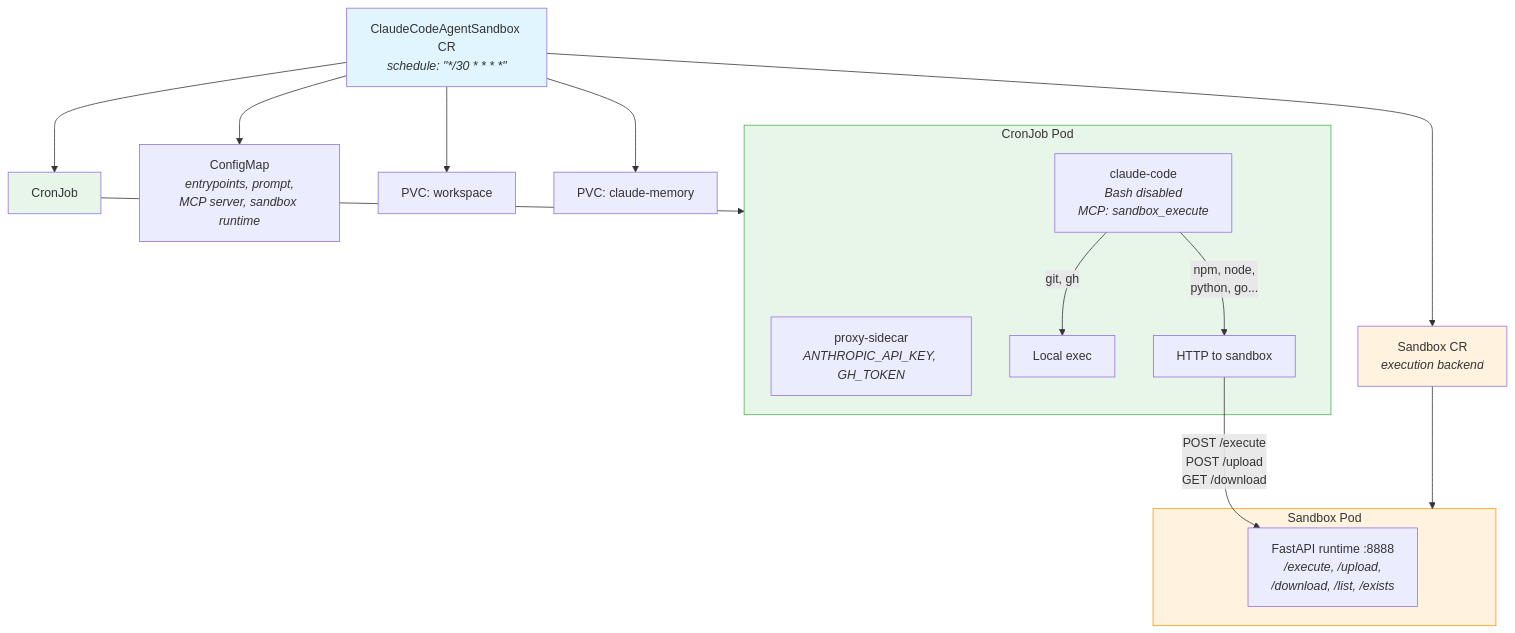
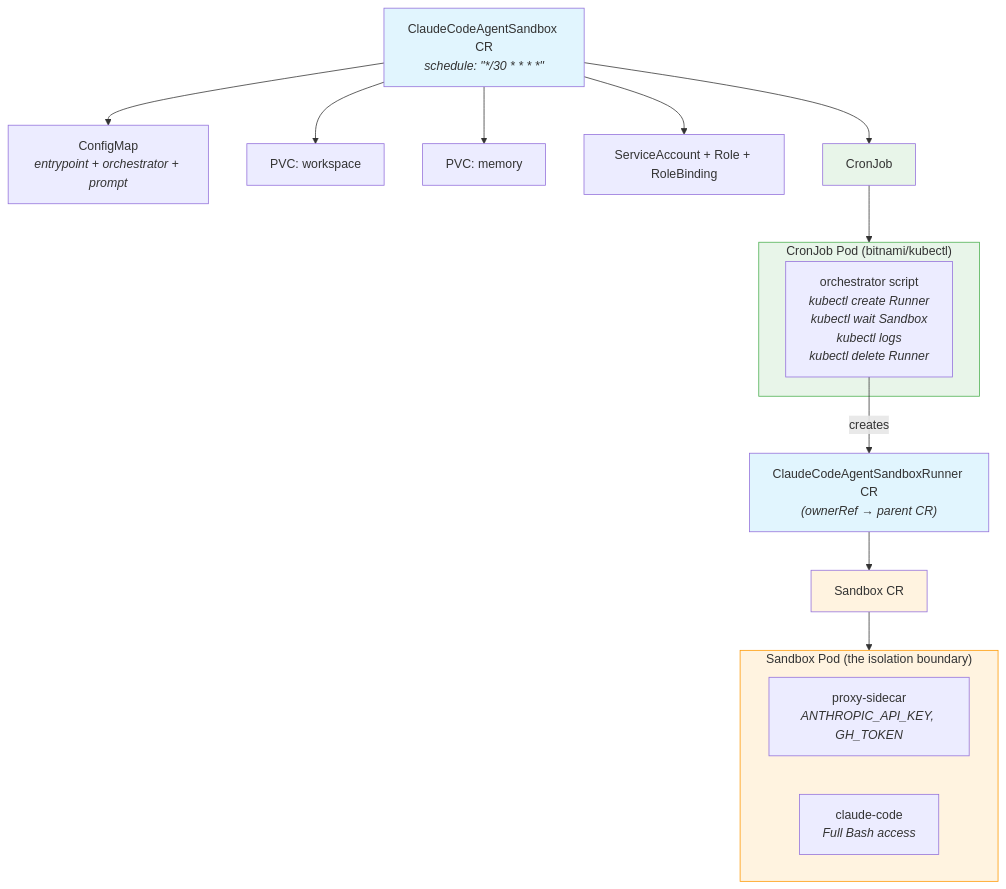
One commit to weldonfaizan/kcd-new-york-k8s-claude changed the second of 2 diagrams in 07-sandbox/agent-sandbox/README.md. Above: the diagram before and after it, drawn with Mermaid. The commit also changed other lines of this file, not shown here.

Commit message:
docs: update 07-sandbox README with two-RGD architecture

````diff
--- a/07-sandbox/agent-sandbox/README.md
+++ b/07-sandbox/agent-sandbox/README.md
@@ -48,31 +52,32 @@
 ```mermaid
 graph TB
     CR["ClaudeCodeAgentSandbox CR<br/><i>schedule: &quot;*/30 * * * *&quot;</i>"]
 
-    CR --> CM["ConfigMap<br/><i>entrypoints, prompt,<br/>MCP server, sandbox runtime</i>"]
+    CR --> CM["ConfigMap<br/><i>entrypoint + orchestrator + prompt</i>"]
     CR --> WPVC["PVC: workspace"]
-    CR --> MPVC["PVC: claude-memory"]
-    CR --> SB["Sandbox CR<br/><i>execution backend</i>"]
+    CR --> MPVC["PVC: memory"]
+    CR --> SA["ServiceAccount + Role + RoleBinding"]
     CR --> CRON["CronJob"]
 
-    subgraph cronjob_pod ["CronJob Pod"]
-        PROXY["proxy-sidecar<br/><i>ANTHROPIC_API_KEY, GH_TOKEN</i>"]
-        CLAUDE["claude-code<br/><i>Bash disabled<br/>MCP: sandbox_execute</i>"]
-        CLAUDE -->|"git, gh"| LOCAL["Local exec"]
-        CLAUDE -->|"npm, node,<br/>python, go..."| HTTP["HTTP to sandbox"]
+    subgraph orchestrator_pod ["CronJob Pod (bitnami/kubectl)"]
+        ORCH["orchestrator script<br/><i>kubectl create Runner<br/>kubectl wait Sandbox<br/>kubectl logs<br/>kubectl delete Runner</i>"]
     end
 
-    subgraph sandbox_pod ["Sandbox Pod"]
-        RUNTIME["FastAPI runtime :8888<br/><i>/execute, /upload,<br/>/download, /list, /exists</i>"]
+    CRON --> orchestrator_pod
+    ORCH -->|"creates"| RUNNER["ClaudeCodeAgentSandboxRunner CR<br/><i>(ownerRef → parent CR)</i>"]
+    RUNNER --> SB["Sandbox CR"]
+
+    subgraph sandbox ["Sandbox Pod (the isolation boundary)"]
+        PROXY["proxy-sidecar<br/><i>ANTHROPIC_API_KEY, GH_TOKEN</i>"]
+        CLAUDE["claude-code<br/><i>Full Bash access</i>"]
     end
 
-    CRON --> cronjob_pod
-    SB --> sandbox_pod
-    HTTP -->|"POST /execute<br/>POST /upload<br/>GET /download"| RUNTIME
+    SB --> sandbox
 
     style CR fill:#e1f5fe
+    style RUNNER fill:#e1f5fe
+    style CRON fill:#e8f5e9
+    style orchestrator_pod fill:#e8f5e9,stroke:#4caf50
+    style sandbox fill:#fff3e0,stroke:#ff9800
     style SB fill:#fff3e0
-    style CRON fill:#e8f5e9
-    style cronjob_pod fill:#e8f5e9,stroke:#4caf50
-    style sandbox_pod fill:#fff3e0,stroke:#ff9800
 ```
````
